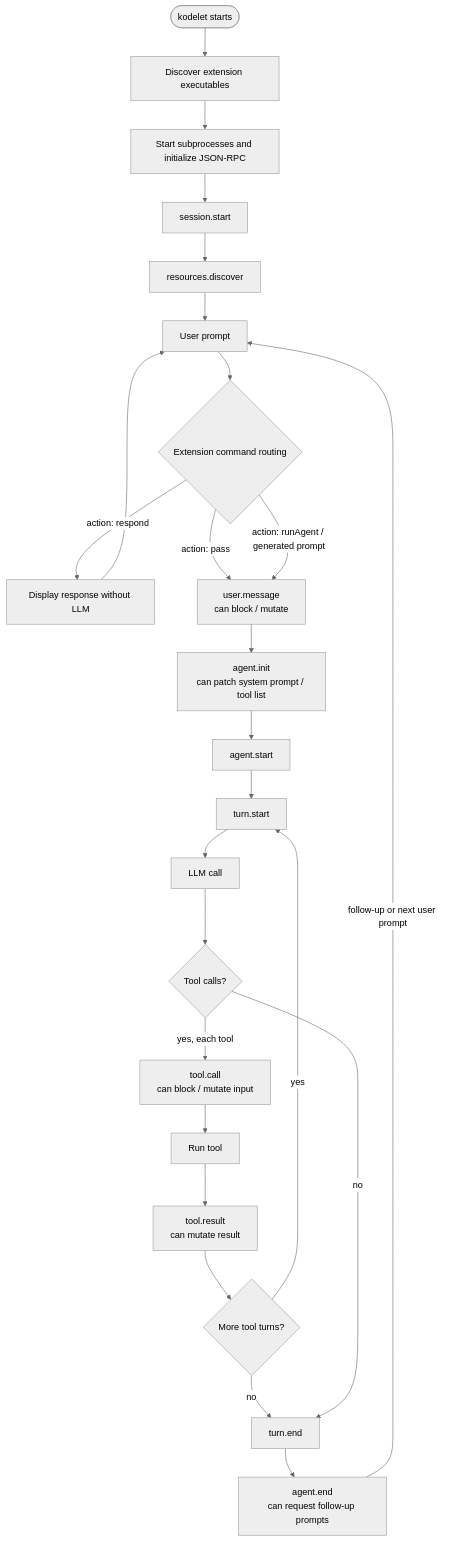
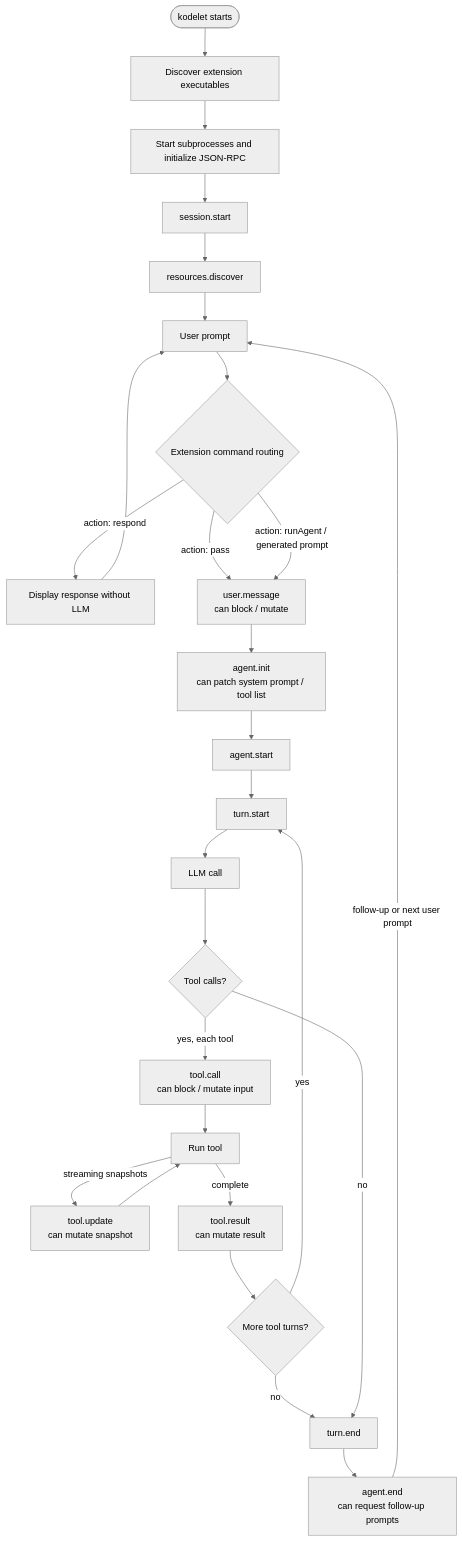
The diagram in docs/extension-design.md (jingkaihe/kodelet), drawn with Mermaid (neutral theme) before and after one commit. The commit also changed other lines of this file and 52 other files, not shown here.

````diff
--- a/docs/extension-design.md
+++ b/docs/extension-design.md
@@ -792,36 +802,39 @@
 ```mermaid
 flowchart TD
     Start([kodelet starts])
     Discover[Discover extension executables]
     Initialize[Start subprocesses and initialize JSON-RPC]
     SessionStart[session.start]
     ResourcesDiscover[resources.discover]
     Prompt[User prompt]
     Commands{Extension command routing}
     DirectResponse[Display response without LLM]
     UserMessage[user.message\ncan block / mutate]
     AgentInit[agent.init\ncan patch system prompt / tool list]
     AgentStart[agent.start]
     TurnStart[turn.start]
     LLM[LLM call]
     ToolCalls{Tool calls?}
     ToolCall[tool.call\ncan block / mutate input]
     RunTool[Run tool]
+    ToolUpdate[tool.update\ncan mutate snapshot]
     ToolResult[tool.result\ncan mutate result]
     MoreTurns{More tool turns?}
     TurnEnd[turn.end]
     AgentEnd[agent.end\ncan request follow-up prompts]
 
     Start --> Discover --> Initialize --> SessionStart --> ResourcesDiscover --> Prompt
     Prompt --> Commands
     Commands -- action: respond --> DirectResponse --> Prompt
     Commands -- action: pass --> UserMessage
     Commands -- action: runAgent / generated prompt --> UserMessage
     UserMessage --> AgentInit --> AgentStart --> TurnStart --> LLM --> ToolCalls
-    ToolCalls -- yes, each tool --> ToolCall --> RunTool --> ToolResult --> MoreTurns
+    ToolCalls -- yes, each tool --> ToolCall --> RunTool
+    RunTool -- streaming snapshots --> ToolUpdate --> RunTool
+    RunTool -- complete --> ToolResult --> MoreTurns
     MoreTurns -- yes --> TurnStart
     MoreTurns -- no --> TurnEnd
     ToolCalls -- no --> TurnEnd
     TurnEnd --> AgentEnd
     AgentEnd -- follow-up or next user prompt --> Prompt
 ```
````
